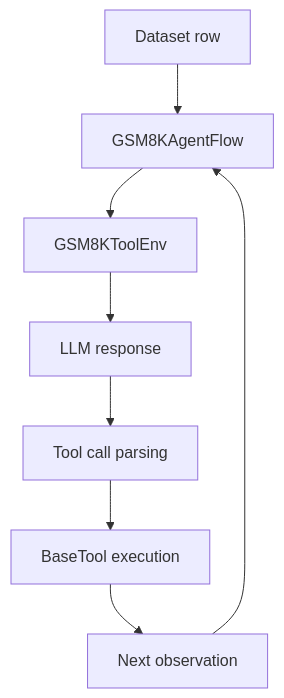
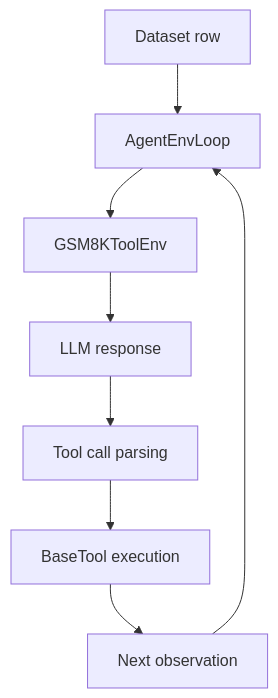
The diagram in docs/tutorials/agent-task.md (0russwest0/Agent-R1), drawn with Mermaid before and after one commit. The commit also changed other lines of this file and 21 other files, not shown here.

````diff
--- a/docs/tutorials/agent-task.md
+++ b/docs/tutorials/agent-task.md
@@ -60,10 +60,10 @@
 ```mermaid
 graph TD
-    datasetRow["Dataset row"] --> agentFlow["GSM8KAgentFlow"]
+    datasetRow["Dataset row"] --> agentFlow["AgentEnvLoop"]
     agentFlow --> toolEnv["GSM8KToolEnv"]
     toolEnv --> llmStep["LLM response"]
     llmStep --> toolCall["Tool call parsing"]
     toolCall --> toolExec["BaseTool execution"]
     toolExec --> nextObs["Next observation"]
     nextObs --> agentFlow
 ```
````
